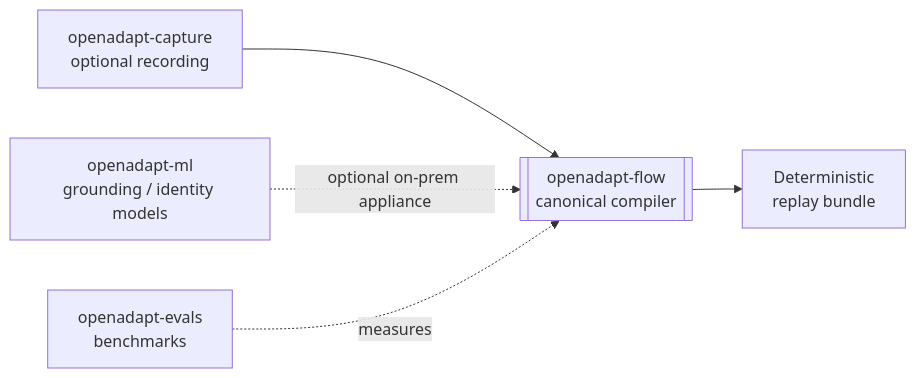
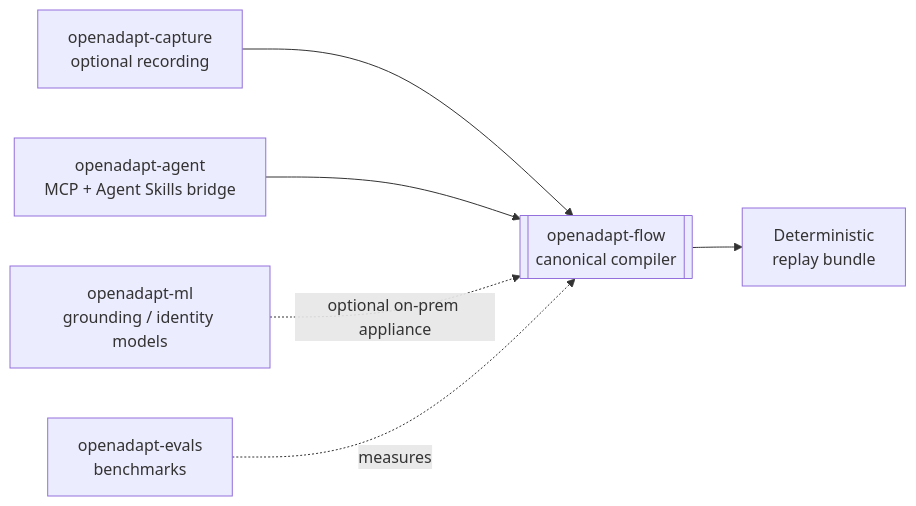
One commit to OpenAdaptAI/openadapt-ops changed the diagram in docs/ecosystem/index.md. Above: the diagram before and after it, drawn with Mermaid. The commit also changed other lines of this file and 3 other files, not shown here.

Commit message:
docs: recognize active openadapt-agent v2 bridge

````diff
--- a/docs/ecosystem/index.md
+++ b/docs/ecosystem/index.md
@@ -58,7 +53,8 @@
 ```mermaid
 flowchart LR
     C[openadapt-capture<br/>optional recording] --> F[[openadapt-flow<br/>canonical compiler]]
     F --> R[Deterministic<br/>replay bundle]
+    A[openadapt-agent<br/>MCP + Agent Skills bridge] --> F
     ML[openadapt-ml<br/>grounding / identity models] -.optional on-prem appliance.-> F
     E[openadapt-evals<br/>benchmarks] -.measures.-> F
 ```
````
